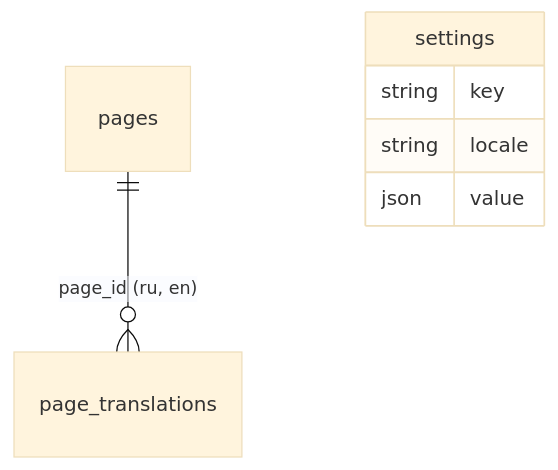
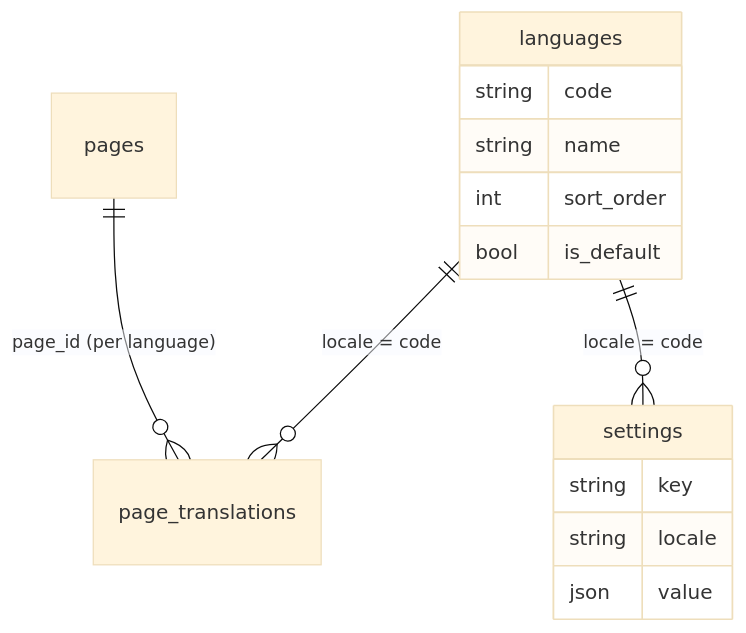
Before and after one commit to povly/bronber-store: the diagram in .ai-factory/plans/feature-pages-blocks-settings.md, drawn with Mermaid (base theme). The commit also changed other lines of this file and 13 other files, not shown here.

Commit message:
feat: admin-editable languages with locale fallback integration

````diff
--- a/.ai-factory/plans/feature-pages-blocks-settings.md
+++ b/.ai-factory/plans/feature-pages-blocks-settings.md
@@ -42,9 +43,17 @@
 ```mermaid
 erDiagram
-    pages ||--o{ page_translations : "page_id (ru, en)"
+    pages ||--o{ page_translations : "page_id (per language)"
+    languages ||--o{ page_translations : "locale = code"
+    languages ||--o{ settings : "locale = code"
+    languages {
+        string code
+        string name
+        int sort_order
+        bool is_default
+    }
     settings {
         string key
         string locale
         json value
     }
 ```
````
